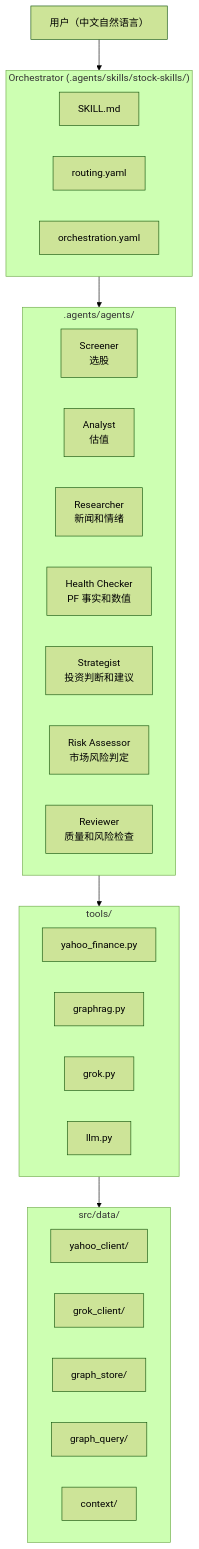
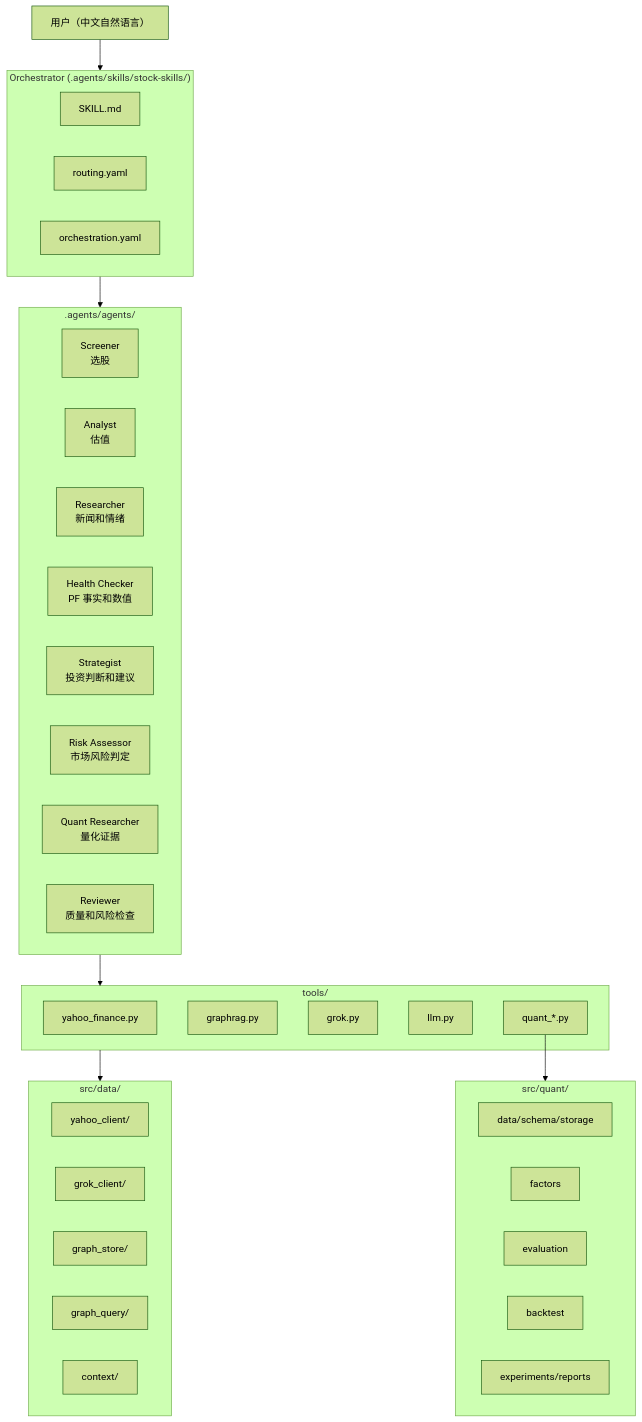
One commit to probatus117/quants-research changed the diagram in docs/architecture.md. Above: the diagram before and after it, drawn with Mermaid (forest theme). The commit also changed other lines of this file and 27 other files, not shown here.

Commit message:
feat(quant): integrate quant researcher agent

````diff
--- a/docs/architecture.md
+++ b/docs/architecture.md
@@ -11,40 +11,51 @@
 ```mermaid
 graph TD
     User["用户（中文自然语言）"]
 
     subgraph Orchestrator["Orchestrator (.agents/skills/stock-skills/)"]
         SKILL["SKILL.md"]
         ROUTE["routing.yaml"]
         ORCH["orchestration.yaml"]
     end
 
     subgraph Agents[".agents/agents/"]
         SCR["Screener<br/>选股"]
         ANA["Analyst<br/>估值"]
         RES["Researcher<br/>新闻和情绪"]
         HC["Health Checker<br/>PF 事实和数值"]
         STR["Strategist<br/>投资判断和建议"]
         RA["Risk Assessor<br/>市场风险判定"]
+        QR["Quant Researcher<br/>量化证据"]
         REV["Reviewer<br/>质量和风险检查"]
     end
 
     subgraph Tools["tools/"]
         YF["yahoo_finance.py"]
         GR["graphrag.py"]
         GK["grok.py"]
         LLM["llm.py"]
+        QT["quant_*.py"]
     end
 
     subgraph Data["src/data/"]
         YC["yahoo_client/"]
         GC["grok_client/"]
         GS["graph_store/"]
         GQ["graph_query/"]
         CTX["context/"]
     end
 
+    subgraph Quant["src/quant/"]
+        QD["data/schema/storage"]
+        QF["factors"]
+        QE["evaluation"]
+        QB["backtest"]
+        QX["experiments/reports"]
+    end
+
     User --> Orchestrator
     Orchestrator --> Agents
     Agents --> Tools
     Tools --> Data
+    QT --> Quant
 ```
````
